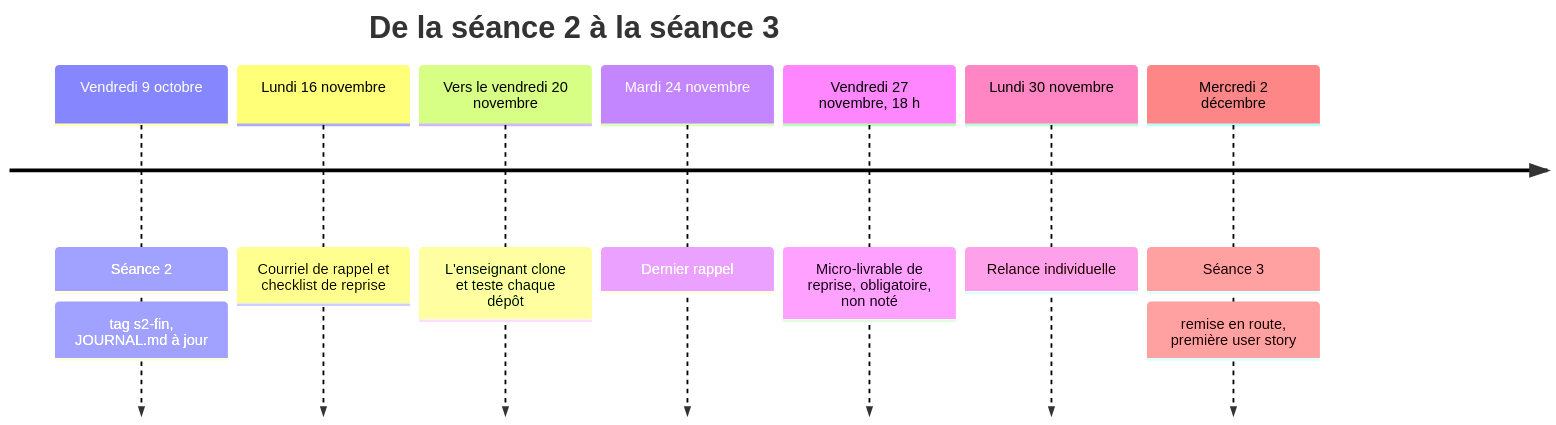
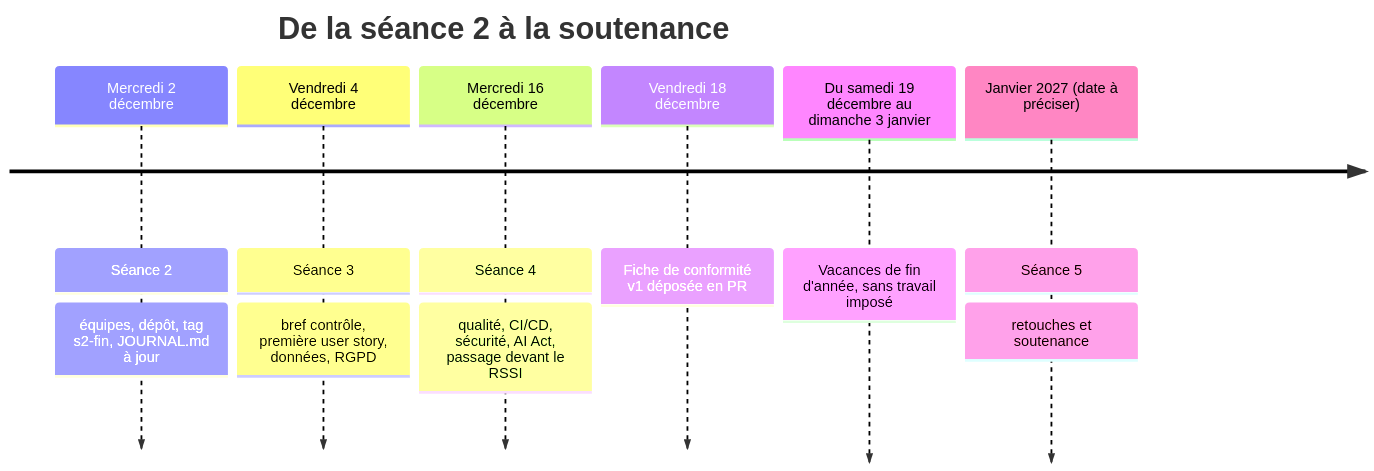
One commit to b-fontaine/master-1-iti-dev changed the fourth of 4 diagrams in cours/supports/day-2/03-demarrer-le-projet-d-equipe.md. Above: the diagram before and after it, drawn with Mermaid. The commit also changed other lines of this file and 15 other files, not shown here.

````diff
--- a/cours/supports/day-2/03-demarrer-le-projet-d-equipe.md
+++ b/cours/supports/day-2/03-demarrer-le-projet-d-equipe.md
@@ -525,11 +530,10 @@
 ```mermaid
 timeline
-    title De la séance 2 à la séance 3
-    Vendredi 9 octobre : Séance 2 : tag s2-fin, JOURNAL.md à jour
-    Lundi 16 novembre : Courriel de rappel et checklist de reprise
-    Vers le vendredi 20 novembre : L'enseignant clone et teste chaque dépôt
-    Mardi 24 novembre : Dernier rappel
-    Vendredi 27 novembre, 18 h : Micro-livrable de reprise, obligatoire, non noté
-    Lundi 30 novembre : Relance individuelle
-    Mercredi 2 décembre : Séance 3 : remise en route, première user story
+    title De la séance 2 à la soutenance
+    Mercredi 2 décembre : Séance 2 : équipes, dépôt, tag s2-fin, JOURNAL.md à jour
+    Vendredi 4 décembre : Séance 3 : bref contrôle, première user story, données, RGPD
+    Mercredi 16 décembre : Séance 4 : qualité, CI/CD, sécurité, AI Act, passage devant le RSSI
+    Vendredi 18 décembre : Fiche de conformité v1 déposée en PR
+    Du samedi 19 décembre au dimanche 3 janvier : Vacances de fin d'année, sans travail imposé
+    Janvier 2027 (date à préciser) : Séance 5 : retouches et soutenance
 ```
````
